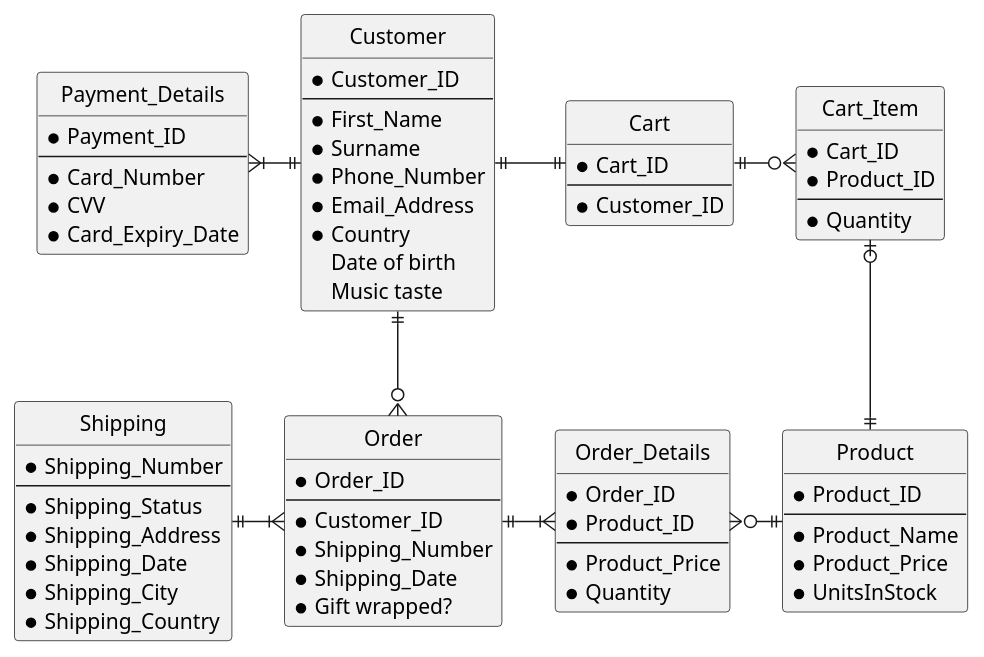
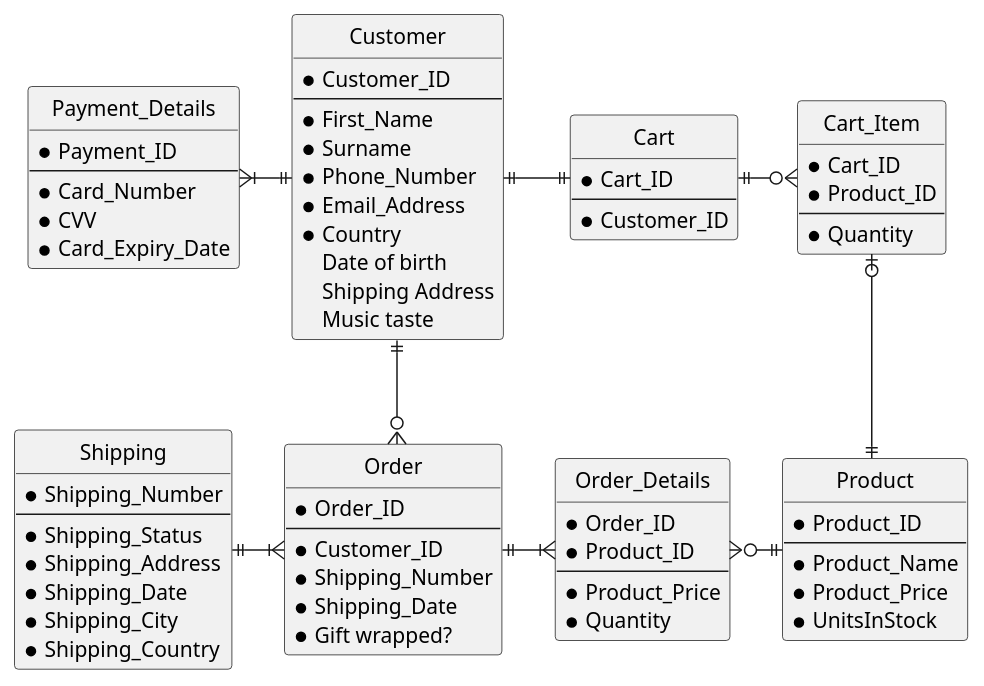
One commit to shaystevens/INFO201-assignments changed the diagram in milestone2/HVLo-Fi-erd.puml. Above: the diagram before and after it, drawn with PlantUML.

Commit message:
registration form updated

```diff
--- a/milestone2/HVLo-Fi-erd.puml
+++ b/milestone2/HVLo-Fi-erd.puml
@@ -1,84 +1,85 @@
 @startuml HV Lo-Fi
 
 skinparam Style StrictUML
 skinparam LineType ortho
 skinparam monochrome true
 
 class Customer {
     * Customer_ID
 --
     * First_Name
     * Surname
     * Phone_Number
     * Email_Address
     * Country
     Date of birth
+    Shipping Address
     Music taste
 }
 
 class Product {
     * Product_ID
 --
     * Product_Name
     * Product_Price
     * UnitsInStock
 }
 
 class Order {
     * Order_ID
 --
     * Customer_ID
     * Shipping_Number
     * Shipping_Date
     * Gift wrapped?
 }
 
 class Shipping {
     * Shipping_Number
 --
     * Shipping_Status
     * Shipping_Address
     * Shipping_Date
     * Shipping_City
     * Shipping_Country
 }
 
 class Payment_Details {
     * Payment_ID
 --
     * Card_Number
     * CVV
     * Card_Expiry_Date
 }
 
 class Order_Details {
     * Order_ID
     * Product_ID
 --
     * Product_Price
     * Quantity
 }
 
 class Cart {
     * Cart_ID
 --
     * Customer_ID
 }
 
 class Cart_Item {
     * Cart_ID
     * Product_ID
 --
     * Quantity
 }
 
 Customer ||--o{ Order
 Customer ||-|| Cart
 Cart ||-o{ Cart_Item
 Cart_Item |o-|| Product
 Payment_Details }|-|| Customer
 Shipping ||-|{ Order
 Order ||-|{ Order_Details
 Order_Details }o-|| Product
 
 @enduml
```
